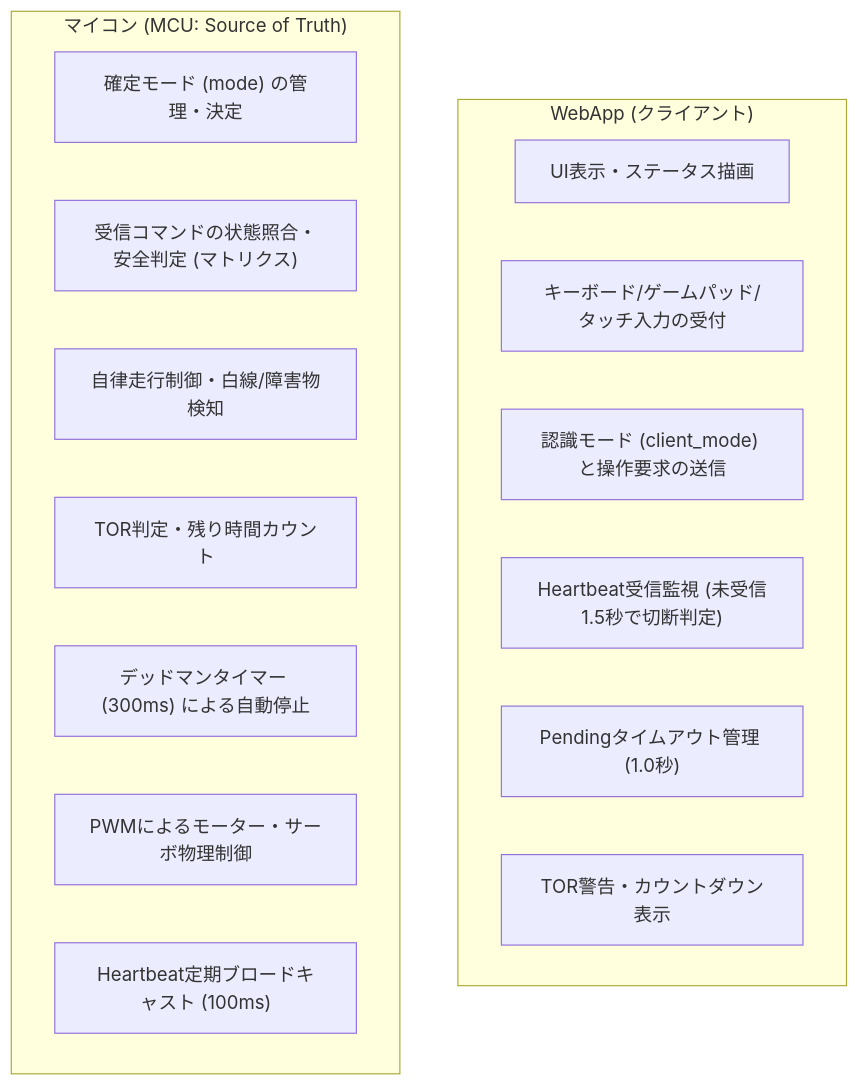
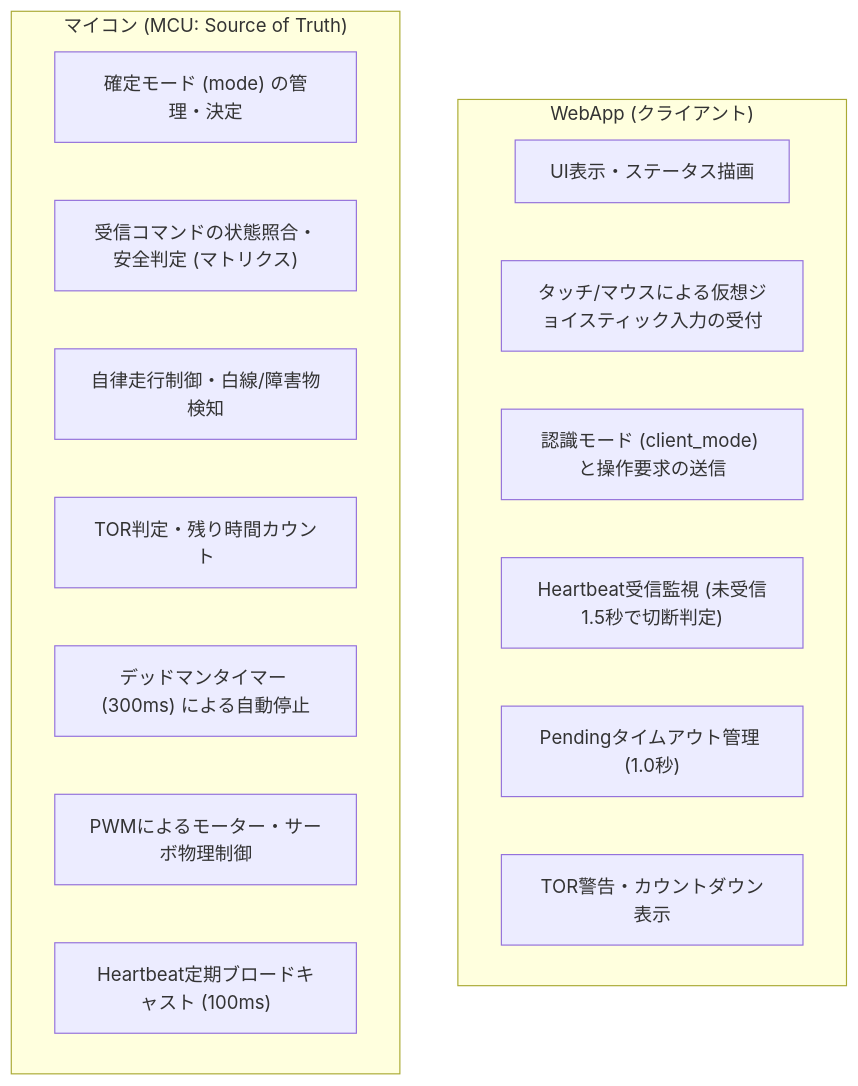
One commit to tut-cc/mini-4wd-webapp changed the third of 3 diagrams in docs/system-architecture.md. Above: the diagram before and after it, drawn with Mermaid. The commit also changed other lines of this file and 8 other files, not shown here.

````diff
--- a/docs/system-architecture.md
+++ b/docs/system-architecture.md
@@ -95,21 +95,21 @@
 ```mermaid
 flowchart TD
     subgraph WebApp_Role["WebApp (クライアント)"]
         R1["UI表示・ステータス描画"]
-        R2["キーボード/ゲームパッド/タッチ入力の受付"]
+        R2["タッチ/マウスによる仮想ジョイスティック入力の受付"]
         R3["認識モード (client_mode) と操作要求の送信"]
         R4["Heartbeat受信監視 (未受信1.5秒で切断判定)"]
         R5["Pendingタイムアウト管理 (1.0秒)"]
         R6["TOR警告・カウントダウン表示"]
     end
 
     subgraph MCU_Role["マイコン (MCU: Source of Truth)"]
         M1["確定モード (mode) の管理・決定"]
         M2["受信コマンドの状態照合・安全判定 (マトリクス)"]
         M3["自律走行制御・白線/障害物検知"]
         M4["TOR判定・残り時間カウント"]
         M5["デッドマンタイマー (300ms) による自動停止"]
         M6["PWMによるモーター・サーボ物理制御"]
         M7["Heartbeat定期ブロードキャスト (100ms)"]
     end
 ```
````
